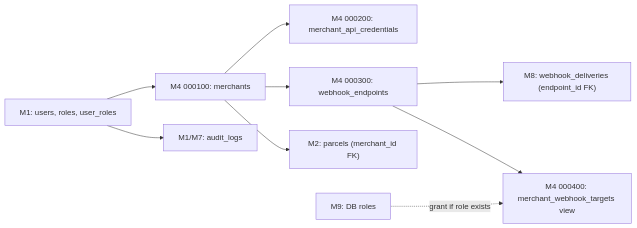
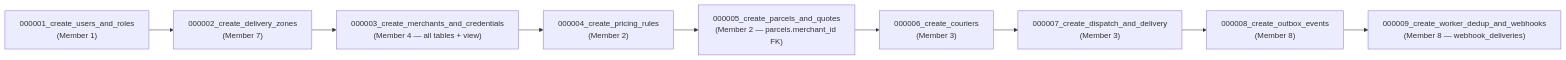
The second of 2 diagrams in docs/drafts/member-04-merchants/doc-05-data-and-persistence.md (phantomTroupeEAD/SwiftDrop), drawn with Mermaid before and after one commit. The commit also changed other lines of this file and 7 other files, not shown here.

````diff
--- a/docs/drafts/member-04-merchants/doc-05-data-and-persistence.md
+++ b/docs/drafts/member-04-merchants/doc-05-data-and-persistence.md
@@ -230,11 +230,11 @@
 ```mermaid
 flowchart LR
-    A["M1: users, roles, user_roles"] --> B["M4 000100: merchants"]
-    B --> C["M4 000200: merchant_api_credentials"]
-    B --> D["M4 000300: webhook_endpoints"]
-    B --> E["M2: parcels (merchant_id FK)"]
-    D --> F["M8: webhook_deliveries (endpoint_id FK)"]
-    D --> G["M4 000400: merchant_webhook_targets view"]
-    H["M9: DB roles"] -. "grant if role exists" .-> G
-    A --> I["M1/M7: audit_logs"]
+    A["000001_create_users_and_roles\n(Member 1)"] --> B["000002_create_delivery_zones\n(Member 7)"]
+    B --> C["000003_create_merchants_and_credentials\n(Member 4 — all tables + view)"]
+    C --> D["000004_create_pricing_rules\n(Member 2)"]
+    D --> E["000005_create_parcels_and_quotes\n(Member 2 — parcels.merchant_id FK)"]
+    E --> F["000006_create_couriers\n(Member 3)"]
+    F --> G["000007_create_dispatch_and_delivery\n(Member 3)"]
+    G --> H["000008_create_outbox_events\n(Member 8)"]
+    H --> I["000009_create_worker_dedup_and_webhooks\n(Member 8 — webhook_deliveries)"]
 ```
````
